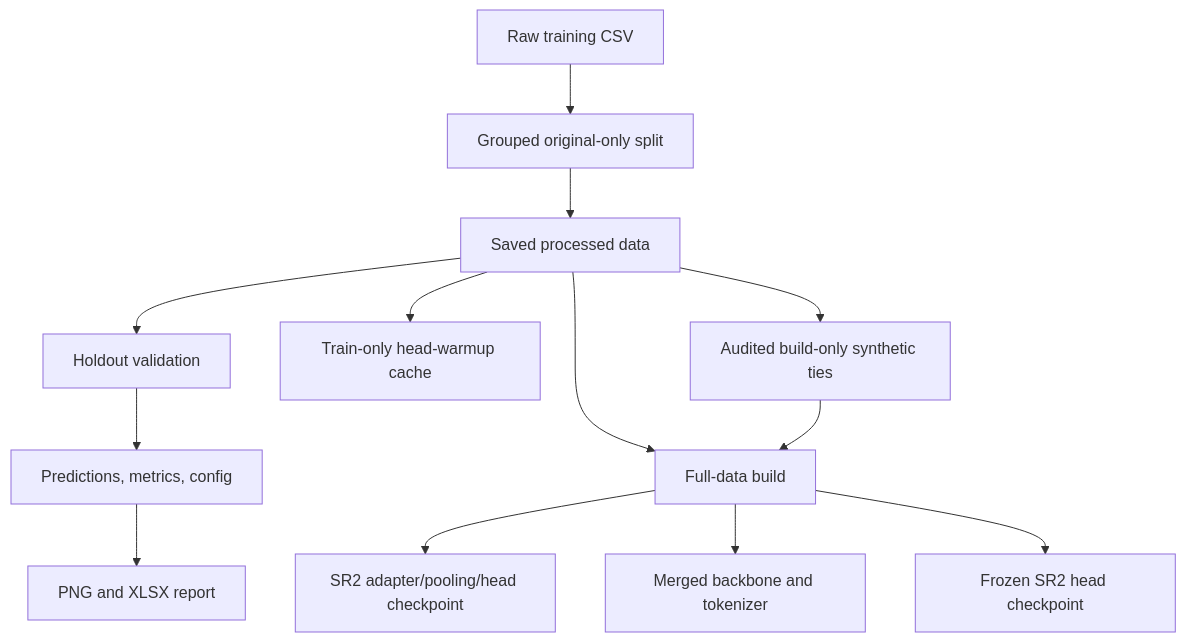
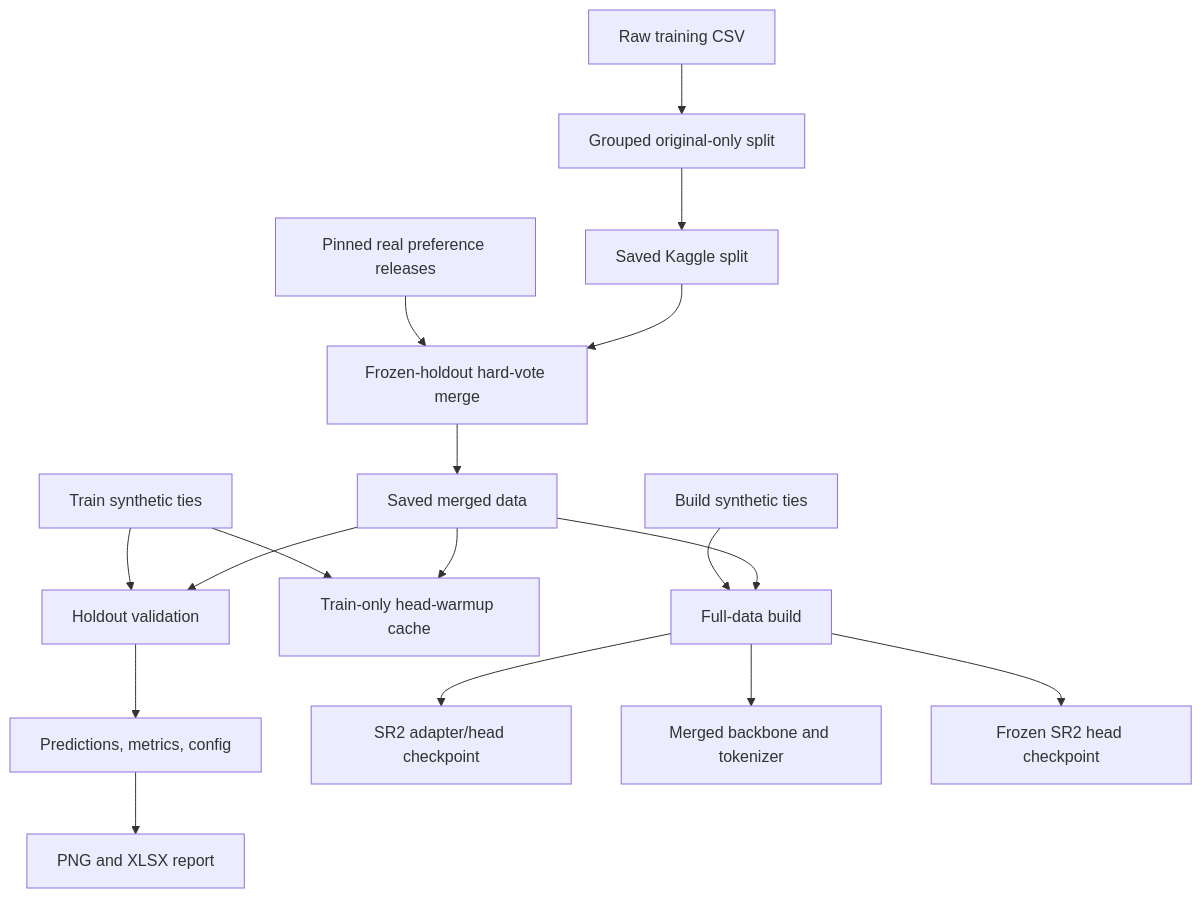
The diagram in structure.md (7evenDeadlySins/llm-classification-finetuning), drawn with Mermaid before and after one commit. The commit also changed other lines of this file and 85 other files, not shown here.

````diff
--- a/structure.md
+++ b/structure.md
@@ -26,15 +26,19 @@
 ```mermaid
 flowchart TD
     Raw["Raw training CSV"] --> Prep["Grouped original-only split"]
-    Prep --> Data["Saved processed data"]
+    Prep --> Saved["Saved Kaggle split"]
+    Saved --> Merge["Frozen-holdout hard-vote merge"]
+    External["Pinned real preference releases"] --> Merge
+    Merge --> Data["Saved merged data"]
     Data --> Validate["Holdout validation"]
     Data --> Warmup["Train-only head-warmup cache"]
     Data --> Build["Full-data build"]
-    Data --> Synthetic["Audited build-only synthetic ties"]
-    Synthetic --> Build
+    TrainTies["Train synthetic ties"] --> Validate
+    TrainTies --> Warmup
+    BuildTies["Build synthetic ties"] --> Build
     Validate --> Run["Predictions, metrics, config"]
     Run --> Report["PNG and XLSX report"]
-    Build --> Checkpoint["SR2 adapter/pooling/head checkpoint"]
+    Build --> Checkpoint["SR2 adapter/head checkpoint"]
     Build --> Merged["Merged backbone and tokenizer"]
     Build --> Head["Frozen SR2 head checkpoint"]
 ```
````
